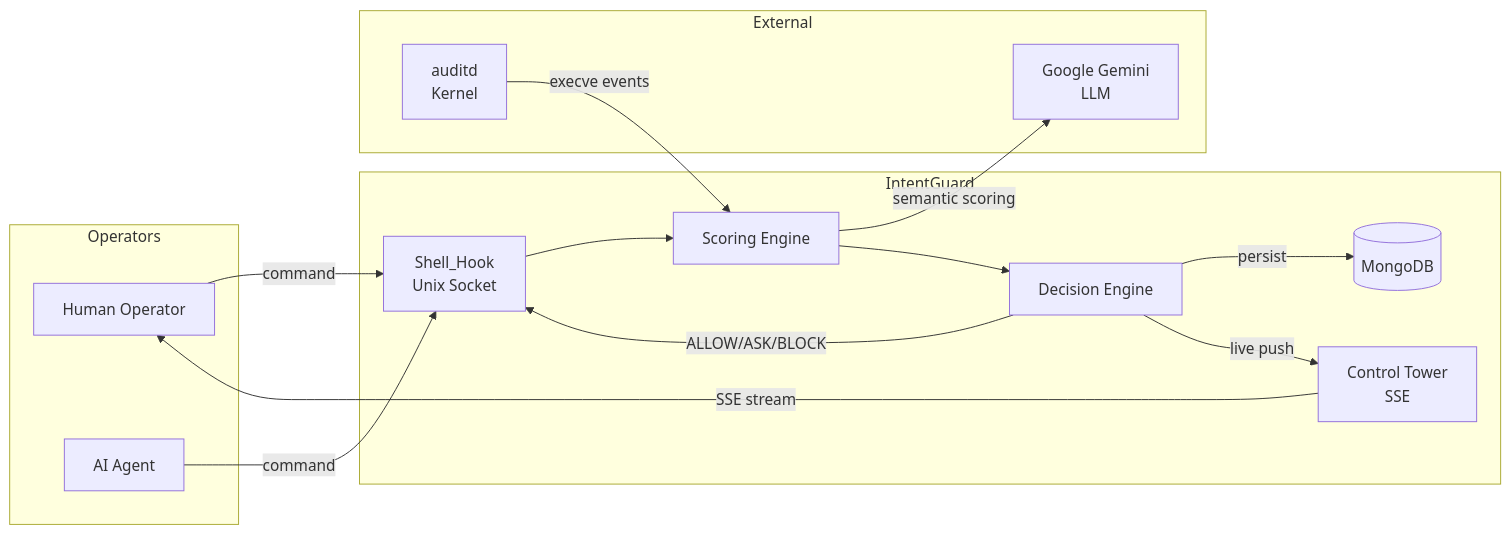
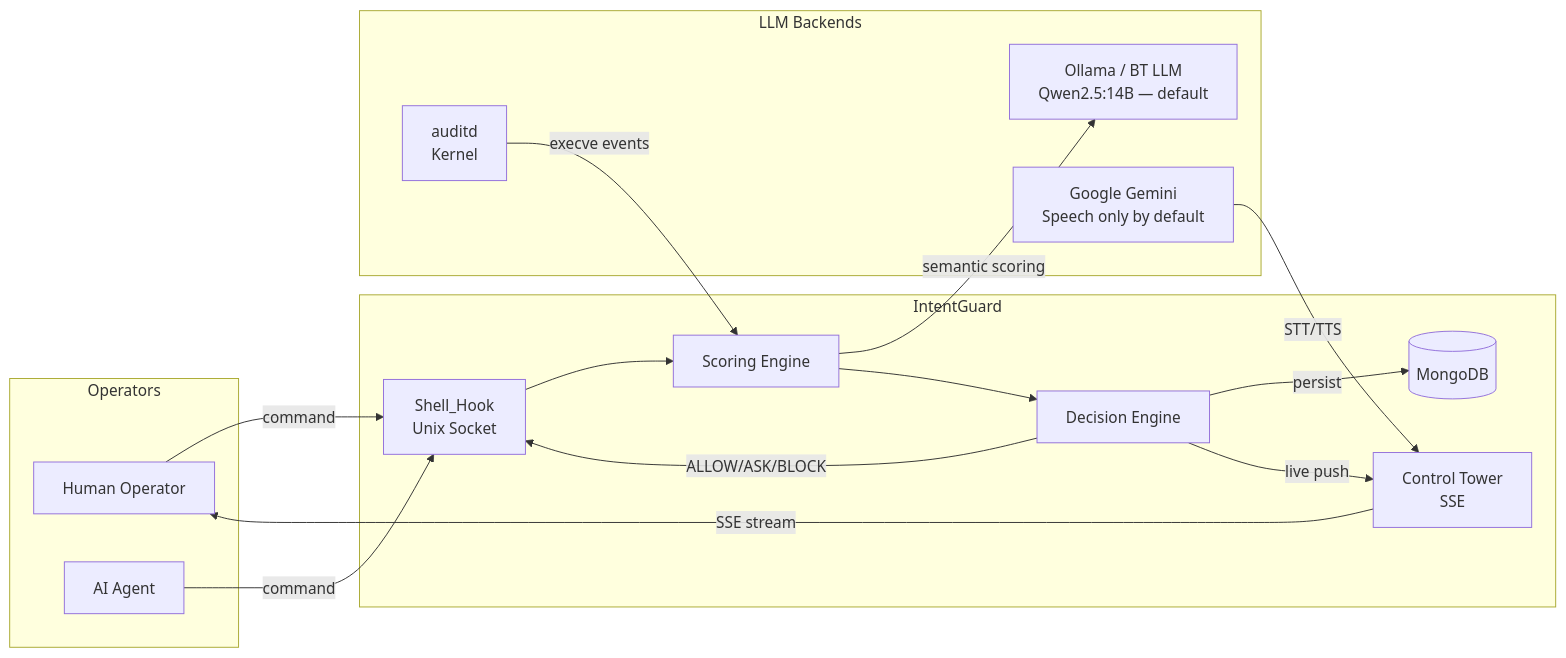
The first of 26 diagrams in docs/product-design-and-execution-flow.md (rachitGupta-ai/IntentGuard), drawn with Mermaid before and after one commit. The commit also changed other lines of this file and 29 other files, not shown here.

First line of the commit message:
Add Ollama LLM/translation provider, insight & bootstrap APIs, demo assets

````diff
--- a/docs/product-design-and-execution-flow.md
+++ b/docs/product-design-and-execution-flow.md
@@ -41,31 +61,33 @@
 ```mermaid
 graph LR
     subgraph Operators
         H[Human Operator]
         A[AI Agent]
     end
 
     subgraph IntentGuard
         SH[Shell_Hook<br/>Unix Socket]
         SE[Scoring Engine]
         DE[Decision Engine]
         CT[Control Tower<br/>SSE]
         DB[(MongoDB)]
     end
 
-    subgraph External
-        GEM[Google Gemini<br/>LLM]
+    subgraph LLM Backends
+        OLL[Ollama / BT LLM<br/>Qwen2.5:14B — default]
+        GEM[Google Gemini<br/>Speech only by default]
         AUD[auditd<br/>Kernel]
     end
 
     H -->|command| SH
     A -->|command| SH
     SH --> SE
-    SE -->|semantic scoring| GEM
+    SE -->|semantic scoring| OLL
     SE --> DE
     DE -->|ALLOW/ASK/BLOCK| SH
     DE -->|persist| DB
     DE -->|live push| CT
     AUD -->|execve events| SE
     CT -->|SSE stream| H
+    GEM -->|STT/TTS| CT
 ```
````
